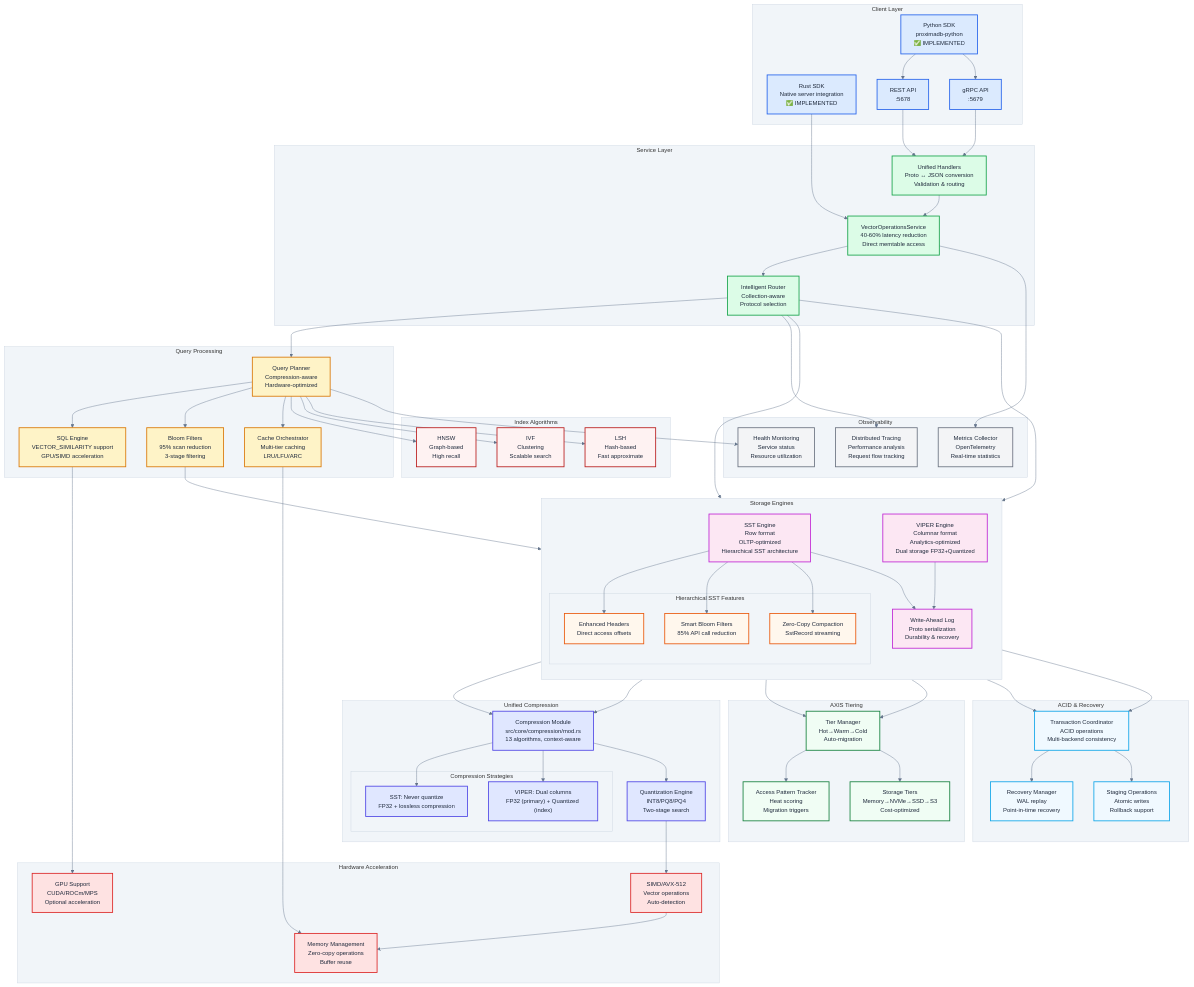
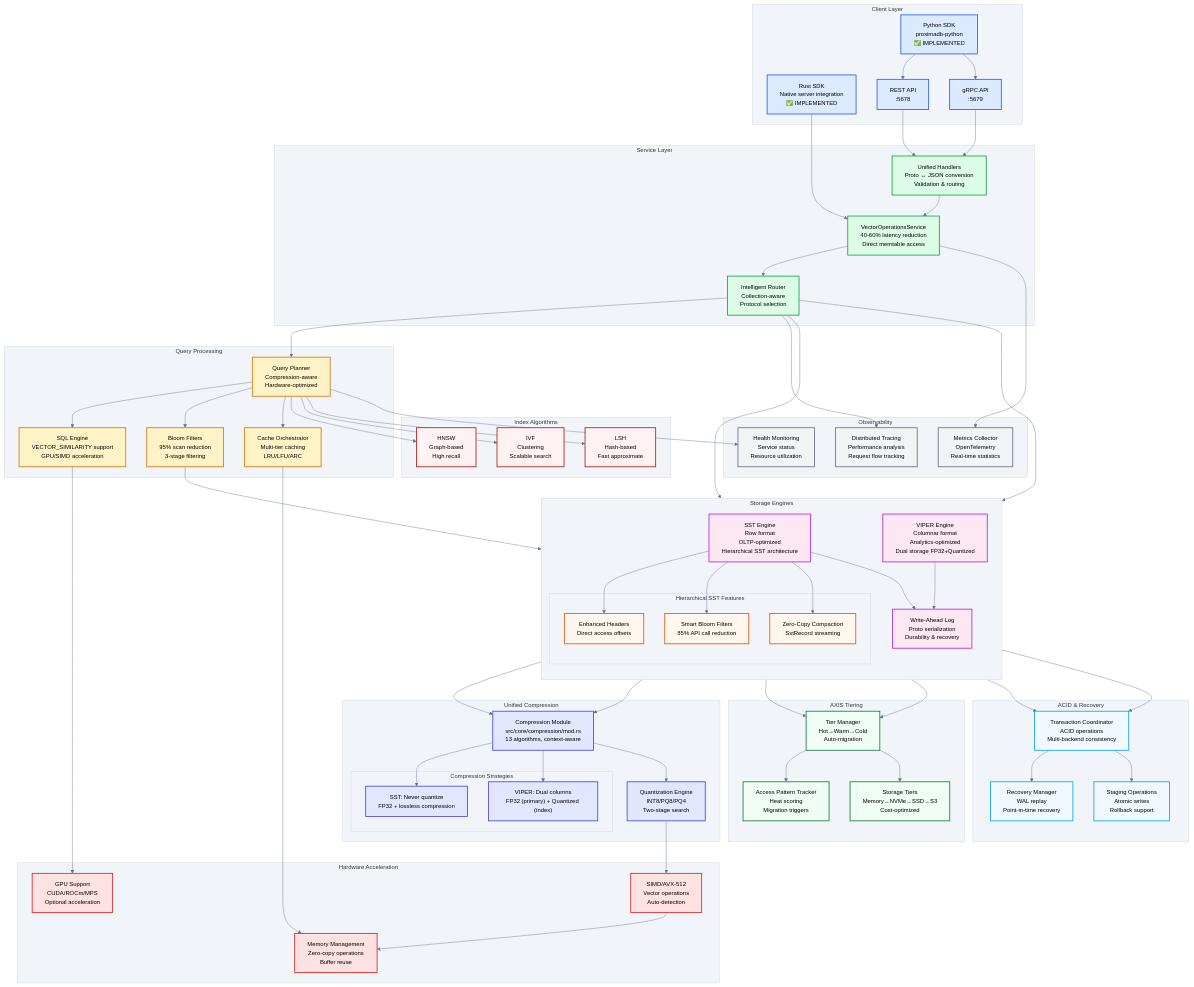
The diagram in docs/diagrams/technical-architecture-detail-monolithic.mmd (vjsingh1984/proximaDB), drawn with Mermaid before and after one commit. The commit also changed 33 other files, not shown here.

First line of the commit message:
fix: resolve test compilation errors and improve diagram rendering

```diff
--- a/docs/diagrams/technical-architecture-detail-monolithic.mmd
+++ b/docs/diagrams/technical-architecture-detail-monolithic.mmd
@@ -155,17 +155,17 @@
     BloomFilter --> HSST2
     
     %% Style Definitions
-    classDef clientClass fill:#dbeafe,stroke:#2563eb,stroke-width:2px,color:#1e293b
-    classDef serviceClass fill:#dcfce7,stroke:#16a34a,stroke-width:2px,color:#1e293b
-    classDef queryClass fill:#fef3c7,stroke:#d97706,stroke-width:2px,color:#1e293b
-    classDef storageClass fill:#fce7f3,stroke:#c026d3,stroke-width:2px,color:#1e293b
-    classDef compressionClass fill:#e0e7ff,stroke:#4f46e5,stroke-width:2px,color:#1e293b
-    classDef hardwareClass fill:#fee2e2,stroke:#dc2626,stroke-width:2px,color:#1e293b
-    classDef tieringClass fill:#f0fdf4,stroke:#15803d,stroke-width:2px,color:#1e293b
-    classDef indexClass fill:#fef2f2,stroke:#b91c1c,stroke-width:2px,color:#1e293b
-    classDef txClass fill:#f0f9ff,stroke:#0ea5e9,stroke-width:2px,color:#1e293b
-    classDef monitorClass fill:#f3f4f6,stroke:#6b7280,stroke-width:2px,color:#1e293b
-    classDef sstClass fill:#fff7ed,stroke:#ea580c,stroke-width:2px,color:#1e293b
+    classDef clientClass fill:#dbeafe,stroke:#2563eb,stroke-width:2px,color:#000000
+    classDef serviceClass fill:#dcfce7,stroke:#16a34a,stroke-width:2px,color:#000000
+    classDef queryClass fill:#fef3c7,stroke:#d97706,stroke-width:2px,color:#000000
+    classDef storageClass fill:#fce7f3,stroke:#c026d3,stroke-width:2px,color:#000000
+    classDef compressionClass fill:#e0e7ff,stroke:#4f46e5,stroke-width:2px,color:#000000
+    classDef hardwareClass fill:#fee2e2,stroke:#dc2626,stroke-width:2px,color:#000000
+    classDef tieringClass fill:#f0fdf4,stroke:#15803d,stroke-width:2px,color:#000000
+    classDef indexClass fill:#fef2f2,stroke:#b91c1c,stroke-width:2px,color:#000000
+    classDef txClass fill:#f0f9ff,stroke:#0ea5e9,stroke-width:2px,color:#000000
+    classDef monitorClass fill:#f3f4f6,stroke:#6b7280,stroke-width:2px,color:#000000
+    classDef sstClass fill:#fff7ed,stroke:#ea580c,stroke-width:2px,color:#000000
     
     class Python clientClass
     class Rust clientClass
```
